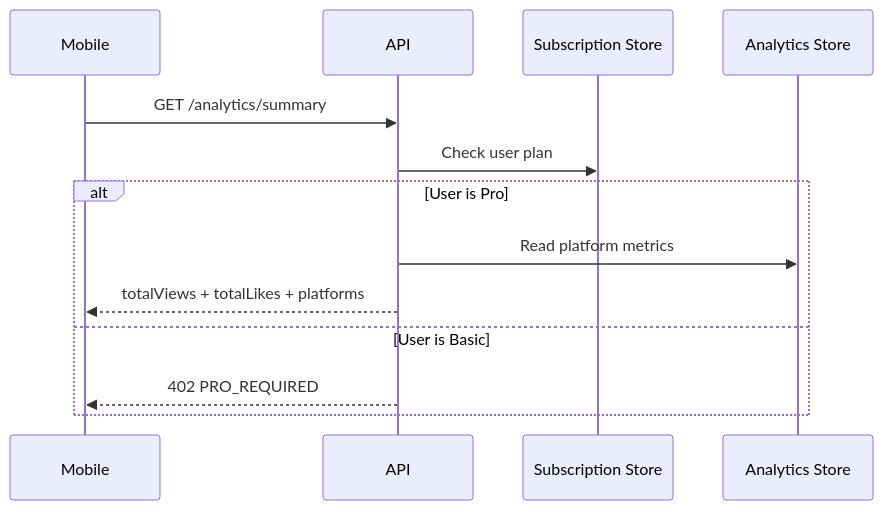
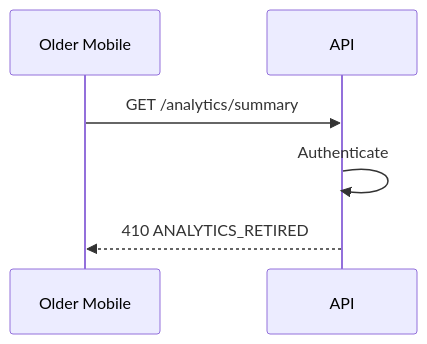
The eighth of 8 diagrams in ARCHITECTURE.md (NOI56/PostDeeMobile), drawn with Mermaid before and after one commit. The commit also changed other lines of this file and 3 other files, not shown here.

````diff
--- a/ARCHITECTURE.md
+++ b/ARCHITECTURE.md
@@ -3403,16 +3487,9 @@
 ```mermaid
 sequenceDiagram
-  participant M as Mobile
+  participant M as Older Mobile
   participant A as API
-  participant Sub as Subscription Store
-  participant Store as Analytics Store
 
   M->>A: GET /analytics/summary
-  A->>Sub: Check user plan
-  alt User is Pro
-    A->>Store: Read platform metrics
-    A-->>M: totalViews + totalLikes + platforms
-  else User is Basic
-    A-->>M: 402 PRO_REQUIRED
-  end
+  A->>A: Authenticate
+  A-->>M: 410 ANALYTICS_RETIRED
 ```
````
